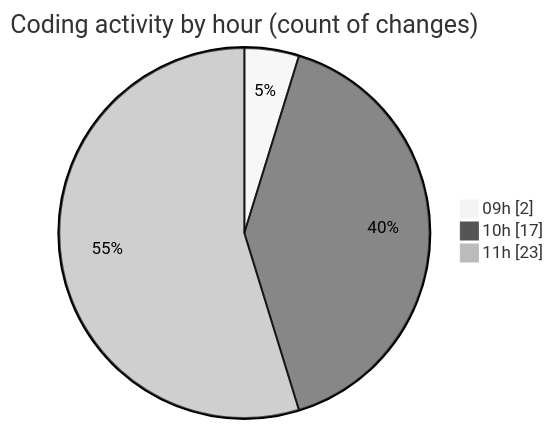
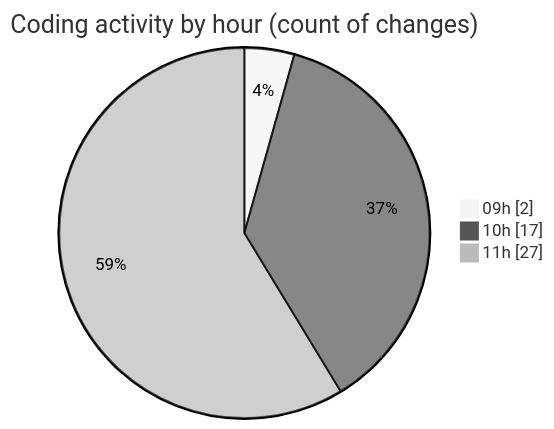
One commit to momahboobian/code-tracking changed the second of 2 diagrams in 2026-11-06/cda/README.md. Above: the diagram before and after it, drawn with Mermaid (neutral theme). The commit also changed other lines of this file and 1 other file, not shown here.

````diff
--- a/2026-11-06/cda/README.md
+++ b/2026-11-06/cda/README.md
@@ -45,7 +45,7 @@
 ```mermaid
 pie showData
 title Coding activity by hour (count of changes)
 "09h" : 2
 "10h" : 17
-"11h" : 23
+"11h" : 27
 ```
````
